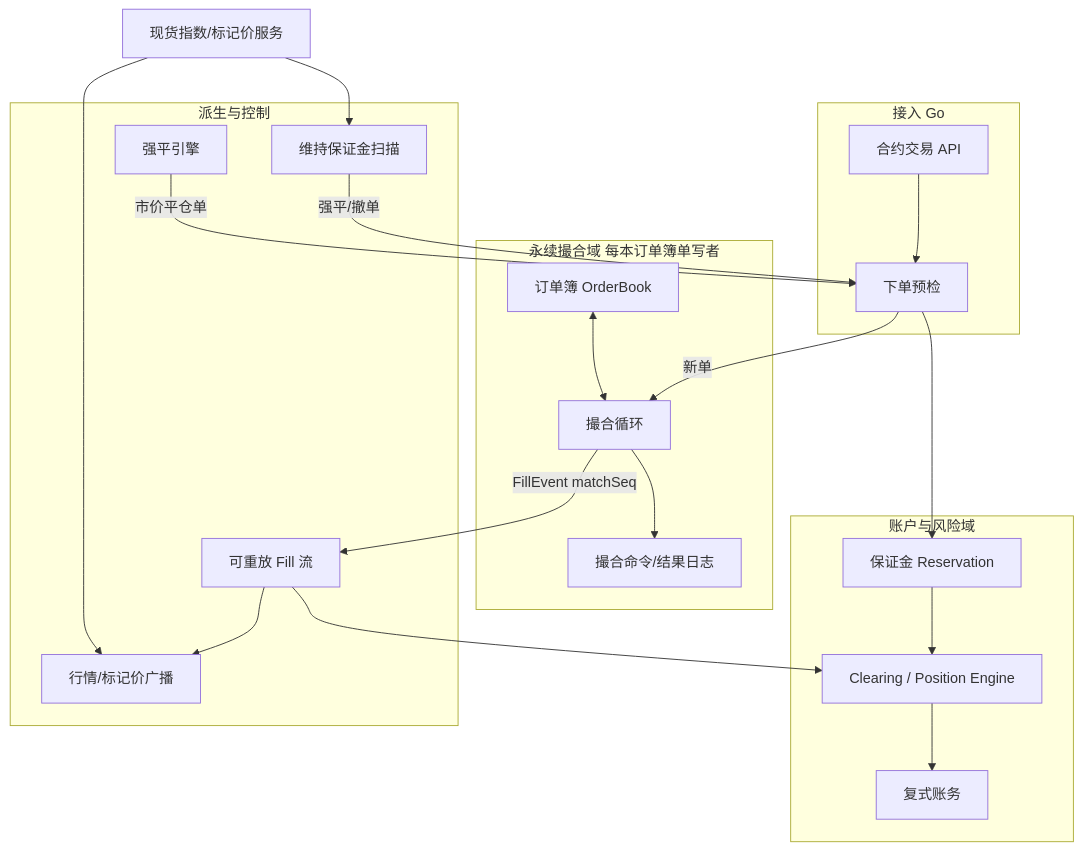
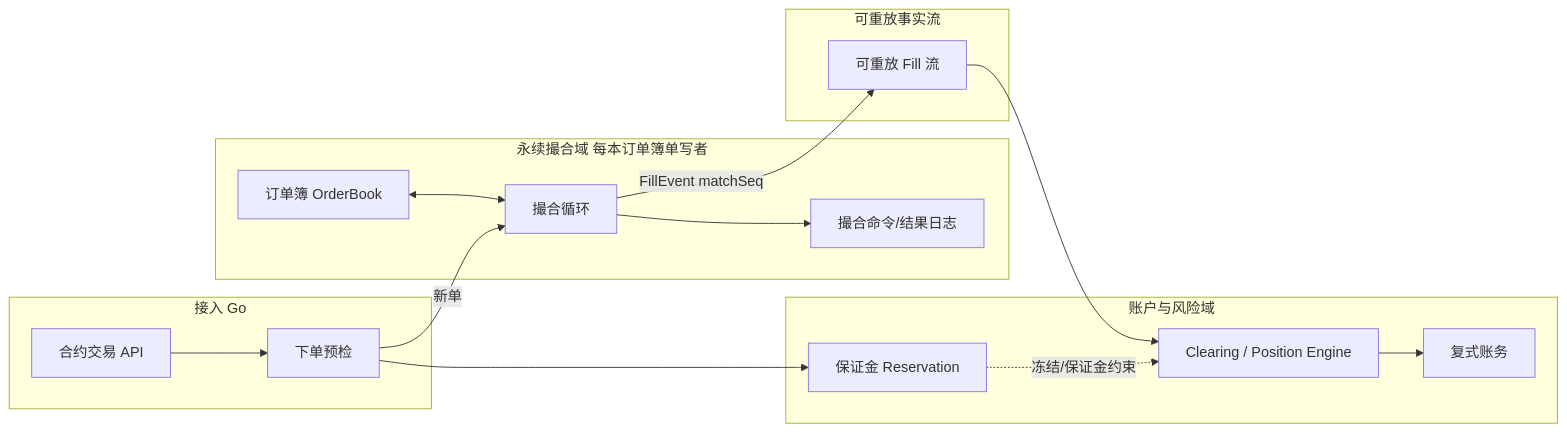
One commit to twodog-tt/Golang-development-manual changed the first of 4 diagrams in docs/interview/14-dex-cex-engineering/S-EXCH-16-perpetual-matching-position.md. Above: the diagram before and after it, drawn with Mermaid. The commit also changed other lines of this file and 15 other files, not shown here.

Commit message:
feat: add interactive Mermaid viewer

````diff
--- a/docs/interview/14-dex-cex-engineering/S-EXCH-16-perpetual-matching-position.md
+++ b/docs/interview/14-dex-cex-engineering/S-EXCH-16-perpetual-matching-position.md
@@ -52,36 +54,29 @@
 ```mermaid
-flowchart TB
+flowchart LR
   subgraph Ingress[接入 Go]
     API[合约交易 API]
     Pre[下单预检]
   end
   subgraph PerpME[永续撮合域 每本订单簿单写者]
     OB[订单簿 OrderBook]
     Match[撮合循环]
     WAL[撮合命令/结果日志]
     OB <--> Match
     Match --> WAL
   end
   subgraph Account[账户与风险域]
     Reserve[保证金 Reservation]
     Clear[Clearing / Position Engine]
     Ledger[复式账务]
-    Reserve --> Clear --> Ledger
+    Reserve -.->|冻结/保证金约束| Clear
+    Clear --> Ledger
   end
-  subgraph Async[派生与控制]
+  subgraph Event[可重放事实流]
     MQ[可重放 Fill 流]
-    MD[行情/标记价广播]
-    Risk[维持保证金扫描]
-    Liq[强平引擎]
   end
   API --> Pre
   Pre --> Reserve
   Pre -->|新单| Match
   Match -->|FillEvent matchSeq| MQ
   MQ --> Clear
-  MQ --> MD
-  Risk -->|强平/撤单| Pre
-  Liq -->|市价平仓单| Pre
-  Index[现货指数/标记价服务] --> Risk
-  Index --> MD
 ```
````
